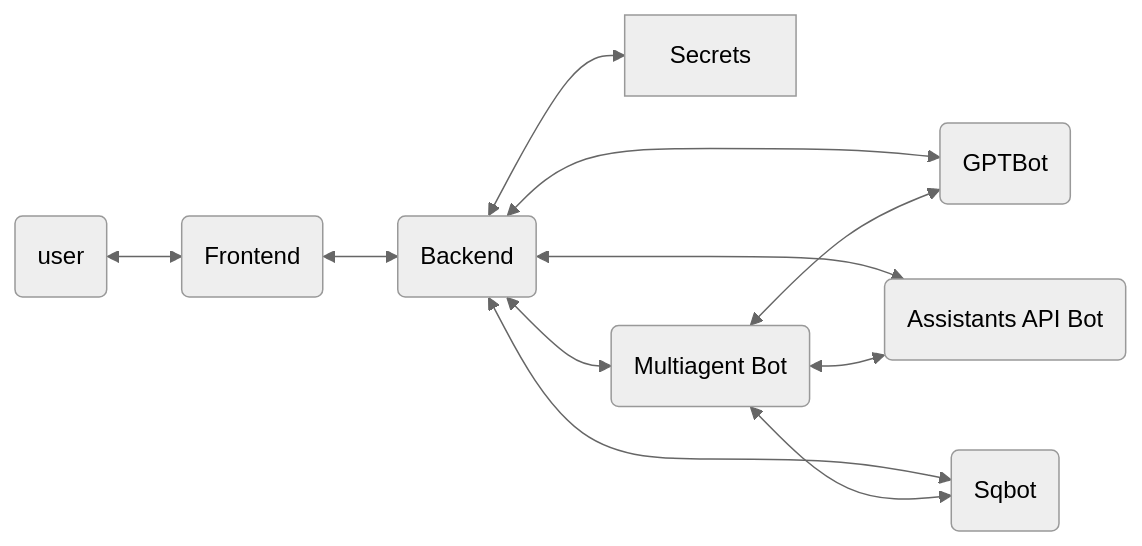
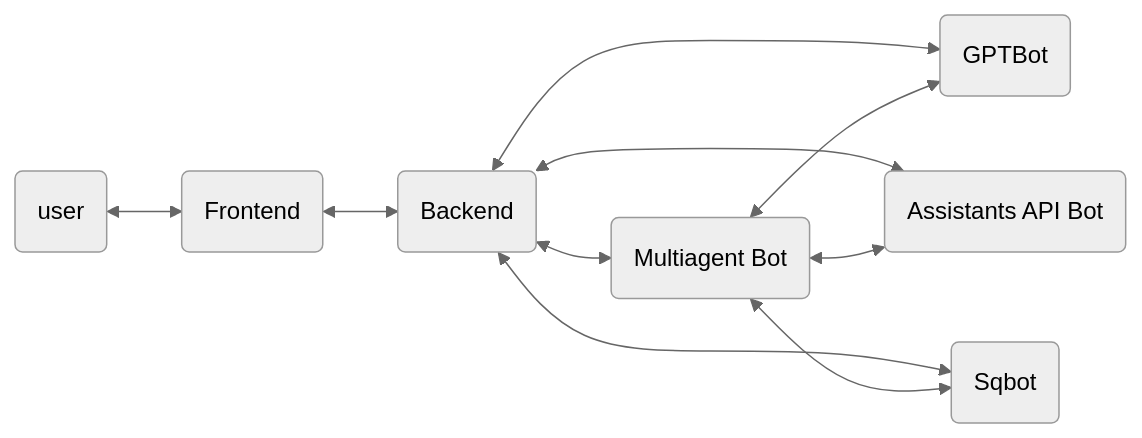
Before and after one commit to msalemor/adventureworks-viewer-ai: the diagram in README.md, drawn with Mermaid (neutral theme).

````diff
--- a/README.md
+++ b/README.md
@@ -7,13 +7,12 @@
 ```mermaid
 graph LR;
   A(user)<-->F(Frontend)
   F<-->B(Backend)
-  B<-->S[Secrets]
   B<-->O(GPTBot)
   B<-->Asst(Assistants API Bot)
   B<-->SQL(Sqbot)
   B<-->M(Multiagent Bot)
   M<-->O
   M<-->SQL
   M<-->Asst
 ```
````
